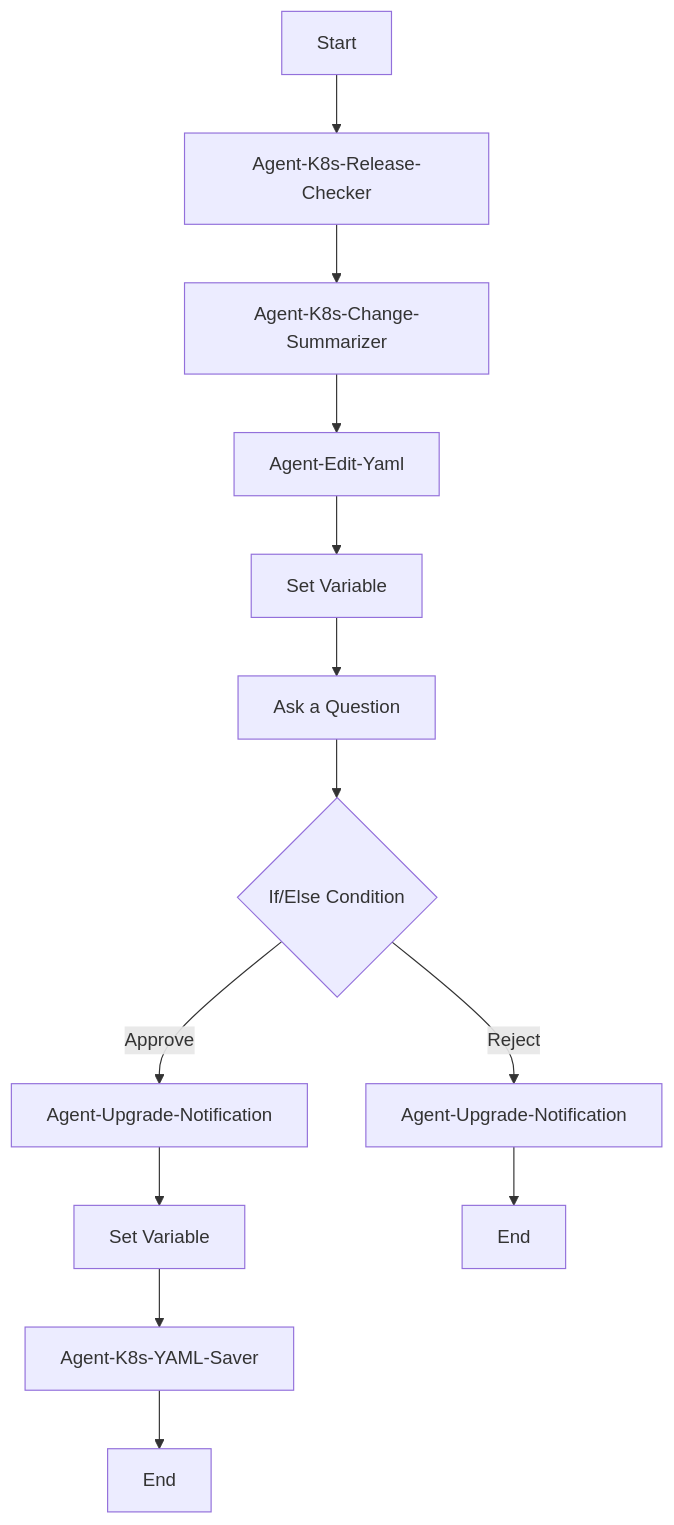
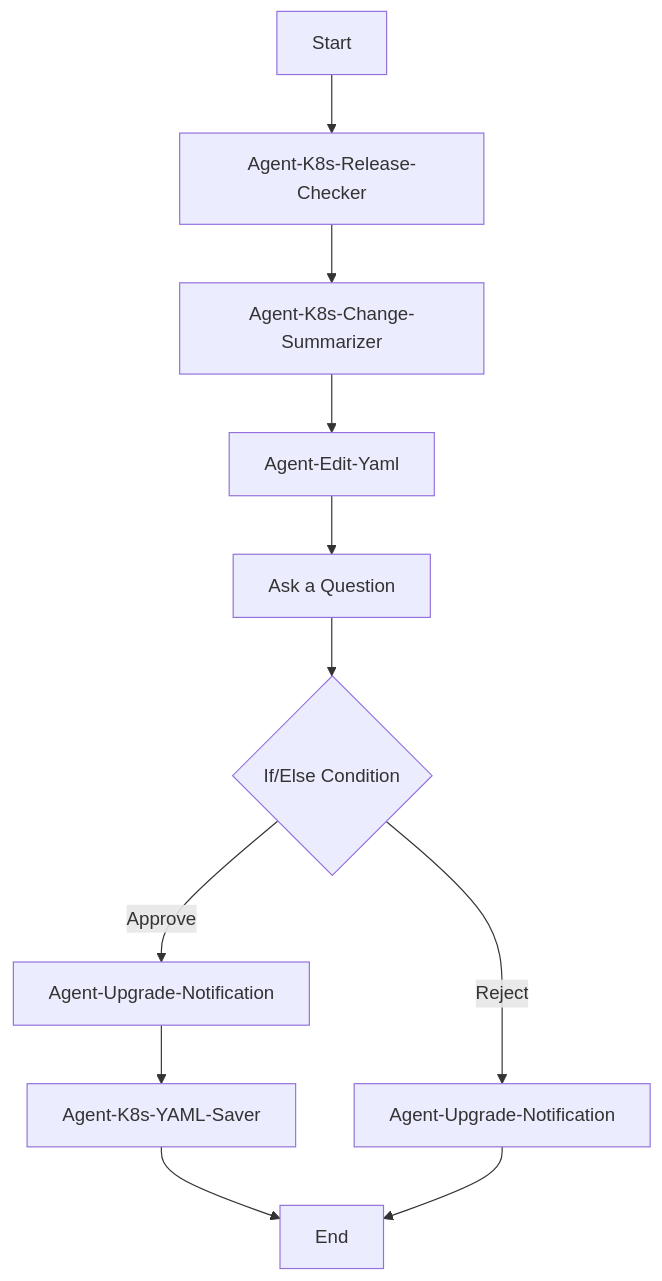
The diagram in Lab6-NEW-AI-Foundry-Workflow/01-multi-agent-workflow-lab.md (maayanlux/AI-Hands-on-Day), drawn with Mermaid before and after one commit. The commit also changed other lines of this file, not shown here.

````diff
--- a/Lab6-NEW-AI-Foundry-Workflow/01-multi-agent-workflow-lab.md
+++ b/Lab6-NEW-AI-Foundry-Workflow/01-multi-agent-workflow-lab.md
@@ -183,15 +201,13 @@
     ```mermaid
     graph TD
     Start --> A[Agent-K8s-Release-Checker]
     A --> B[Agent-K8s-Change-Summarizer]
     B --> C[Agent-Edit-Yaml]
-    C --> D[Set Variable]
-    D --> E[Ask a Question]
+    C --> E[Ask a Question]
     E --> F{If/Else Condition}
     F -- Approve --> G[Agent-Upgrade-Notification]
-    G --> H[Set Variable]
-    H --> I[Agent-K8s-YAML-Saver]
+    G --> I[Agent-K8s-YAML-Saver]
     I --> End
     F -- Reject --> J[Agent-Upgrade-Notification]
-    J --> K[End]
+    J --> End
     ```
````
